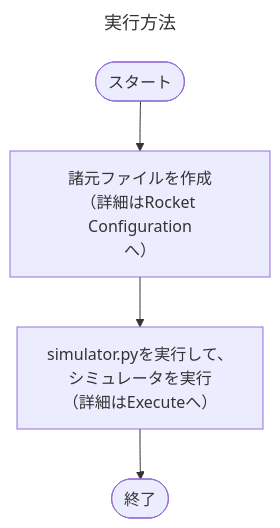
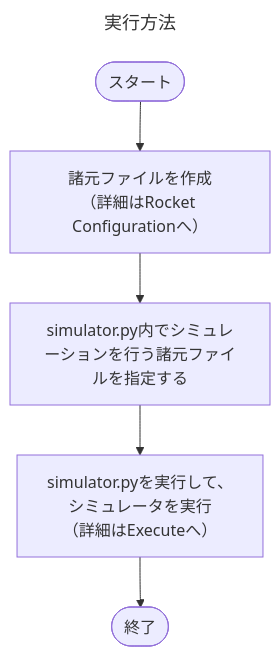
One commit to hotegg-main/miniQuabla changed the second of 2 diagrams in README.md. Above: the diagram before and after it, drawn with Mermaid. The commit also changed other lines of this file, not shown here.

````diff
--- a/README.md
+++ b/README.md
@@ -41,15 +41,15 @@
 ```mermaid
 ---
 title: 実行方法
 ---
 flowchart TD
     start_proc([スタート])
     end_proc([終了])
 
-    prepare_config["諸元ファイルを作成</br>（詳細はRocket Configuration
-へ）"]
+    prepare_config["諸元ファイルを作成</br>（詳細はRocket Configurationへ）"]
+    select_config["simulator.py内でシミュレーションを行う諸元ファイルを指定する"]
     execute_cmd["simulator.pyを実行して、</br>シミュレータを実行</br>（詳細はExecuteへ）"]
 
-    start_proc --> prepare_config --> execute_cmd --> end_proc
+    start_proc --> prepare_config --> select_config --> execute_cmd --> end_proc
     
 ```
````
